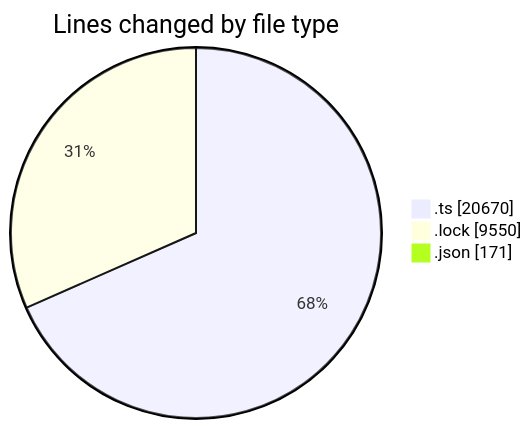
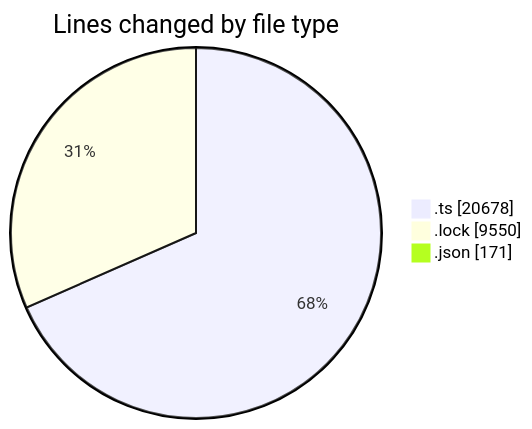
The first of 2 diagrams in 2025-10-30/cda/README.md (momahboobian/code-tracking), drawn with Mermaid before and after one commit. The commit also changed other lines of this file and 1 other file, not shown here.

````diff
--- a/2025-10-30/cda/README.md
+++ b/2025-10-30/cda/README.md
@@ -29,7 +29,7 @@
 ```mermaid
 pie showData
 title Lines changed by file type
-".ts" : 20670
+".ts" : 20678
 ".lock" : 9550
 ".json" : 171
 ```
````
